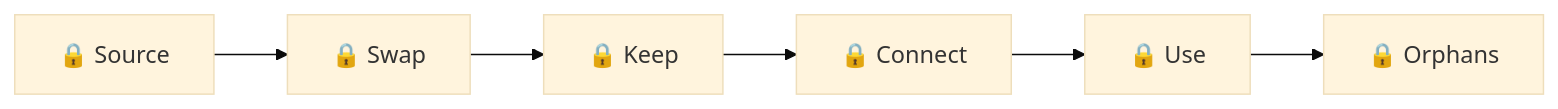
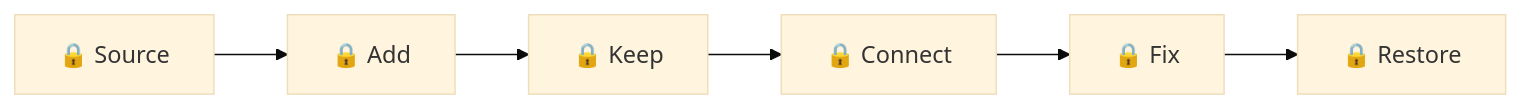
Before and after one commit to Colorado-Startups/claudius: the third of 5 diagrams in maps/README.md, drawn with Mermaid (base theme). The commit also changed other lines of this file and 21 other files, not shown here.

````diff
--- a/maps/README.md
+++ b/maps/README.md
@@ -39,4 +41,4 @@
 ```mermaid
 flowchart LR
-  source["🔒 Source"] --> swap["🔒 Swap"] --> scope["🔒 Keep"] --> connect["🔒 Connect"] --> use["🔒 Use"] --> prune["🔒 Orphans"]
+  source["🔒 Source"] --> add["🔒 Add"] --> keep["🔒 Keep"] --> connect["🔒 Connect"] --> fix["🔒 Fix"] --> stale["🔒 Restore"]
 ```
````
